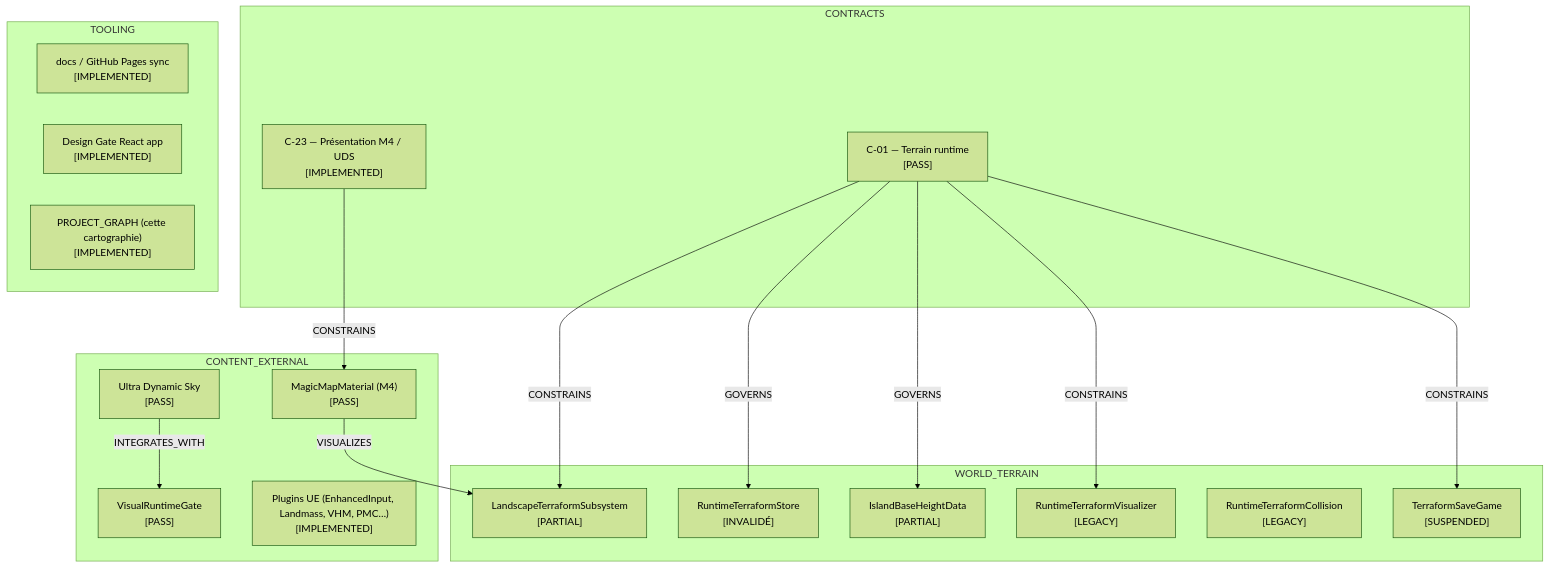
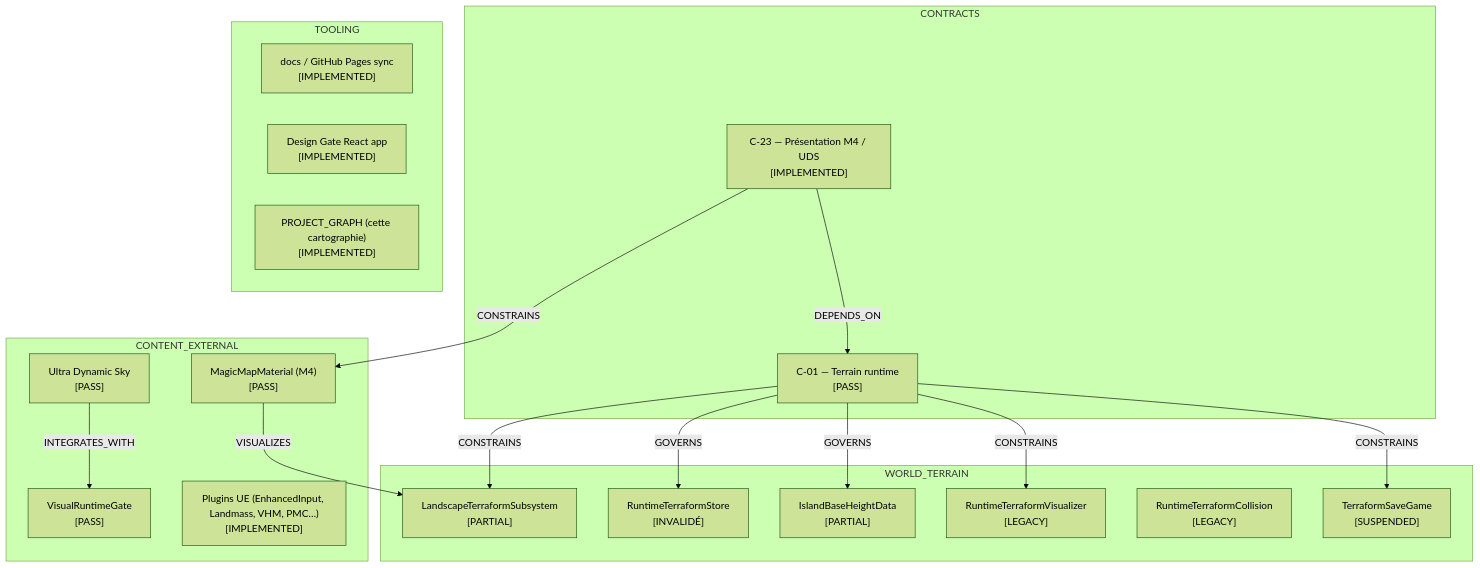
Before and after one commit to JosephV01/GardenFervor: the diagram in PROJECT_GRAPH/graph/GardenFervor_ExternalGraph.mmd, drawn with Mermaid (forest theme). The commit also changed 8 other files, not shown here.

Commit message:
Fix Project Graph contract status and dependencies

```diff
--- a/PROJECT_GRAPH/graph/GardenFervor_ExternalGraph.mmd
+++ b/PROJECT_GRAPH/graph/GardenFervor_ExternalGraph.mmd
@@ -1,33 +1,34 @@
 %% EXTERNAL — generated by buildProjectGraph.mjs
 flowchart TB
   subgraph G0_CONTRACTS["CONTRACTS"]
     c_01["C-01 — Terrain runtime\n[PASS]"]
     c_23["C-23 — Présentation M4 / UDS\n[IMPLEMENTED]"]
   end
   subgraph G1_WORLD_TERRAIN["WORLD_TERRAIN"]
     sys_landscape_terraform["LandscapeTerraformSubsystem\n[PARTIAL]"]
     sys_runtime_store["RuntimeTerraformStore\n[INVALIDÉ]"]
     sys_base_height["IslandBaseHeightData\n[PARTIAL]"]
     sys_terraform_visualizer["RuntimeTerraformVisualizer\n[LEGACY]"]
     sys_terraform_collision["RuntimeTerraformCollision\n[LEGACY]"]
     sys_terraform_save["TerraformSaveGame\n[SUSPENDED]"]
   end
   subgraph G2_CONTENT_EXTERNAL["CONTENT_EXTERNAL"]
     sys_visual_runtime_gate["VisualRuntimeGate\n[PASS]"]
     ext_m4["MagicMapMaterial (M4)\n[PASS]"]
     ext_uds["Ultra Dynamic Sky\n[PASS]"]
     ext_ue_plugins["Plugins UE (EnhancedInput, Landmass, VHM, PMC…)\n[IMPLEMENTED]"]
   end
   subgraph G3_TOOLING["TOOLING"]
     tool_docs_pages["docs / GitHub Pages sync\n[IMPLEMENTED]"]
     tool_designgate_react["Design Gate React app\n[IMPLEMENTED]"]
     tool_project_graph["PROJECT_GRAPH (cette cartographie)\n[IMPLEMENTED]"]
   end
   c_01 -->|GOVERNS| sys_runtime_store
   c_01 -->|CONSTRAINS| sys_landscape_terraform
   c_01 -->|GOVERNS| sys_base_height
   c_01 -->|CONSTRAINS| sys_terraform_visualizer
   c_01 -->|CONSTRAINS| sys_terraform_save
   c_23 -->|CONSTRAINS| ext_m4
+  c_23 -->|DEPENDS_ON| c_01
   ext_m4 -->|VISUALIZES| sys_landscape_terraform
   ext_uds -->|INTEGRATES_WITH| sys_visual_runtime_gate
```
